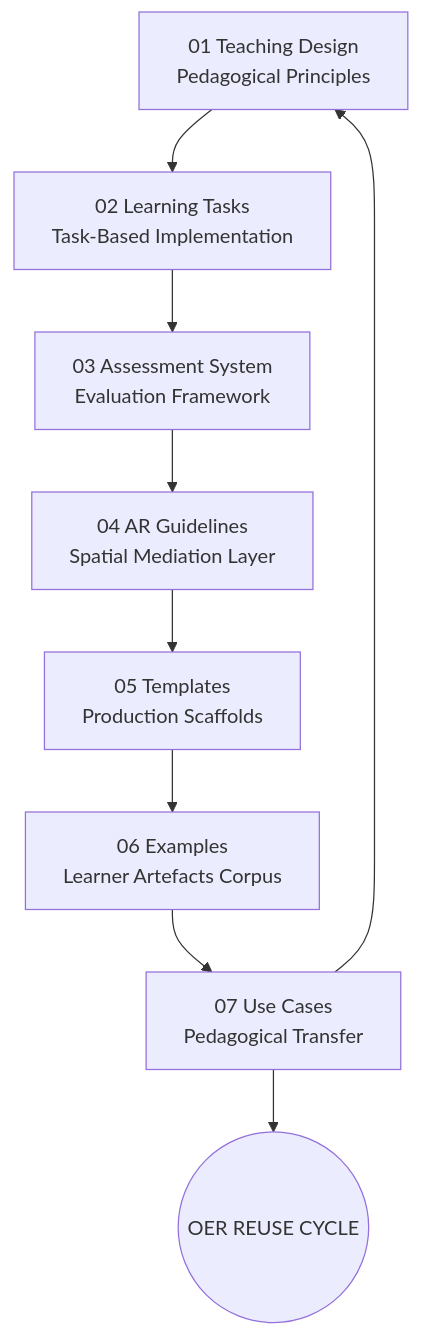
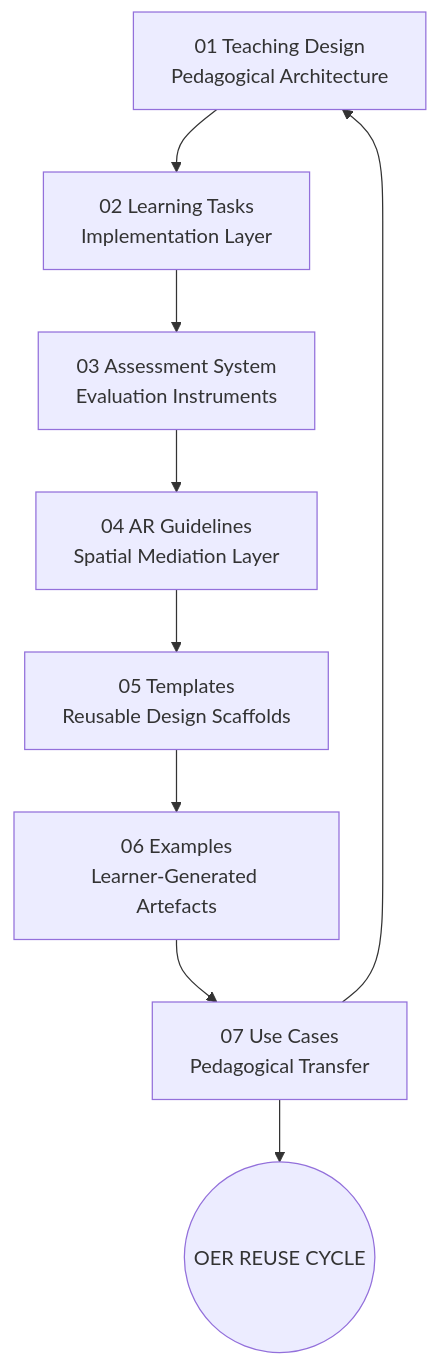
Before and after one commit to EmparYahui/urban-oer-chinese: the diagram in README.md, drawn with Mermaid. The commit also changed other lines of this file, not shown here.

````diff
--- a/README.md
+++ b/README.md
@@ -53,21 +54,21 @@
 ```mermaid
 flowchart TD
 
-A[01 Teaching Design<br>Pedagogical Principles]
-B[02 Learning Tasks<br>Task-Based Implementation]
-C[03 Assessment System<br>Evaluation Framework]
+A[01 Teaching Design<br>Pedagogical Architecture]
+B[02 Learning Tasks<br>Implementation Layer]
+C[03 Assessment System<br>Evaluation Instruments]
 D[04 AR Guidelines<br>Spatial Mediation Layer]
-E[05 Templates<br>Production Scaffolds]
-F[06 Examples<br>Learner Artefacts Corpus]
+E[05 Templates<br>Reusable Design Scaffolds]
+F[06 Examples<br>Learner-Generated Artefacts]
 G[07 Use Cases<br>Pedagogical Transfer]
 
 A --> B
 B --> C
 C --> D
 D --> E
 E --> F
 F --> G
 G --> A
 
 G --> H((OER REUSE CYCLE))
 ```
````
